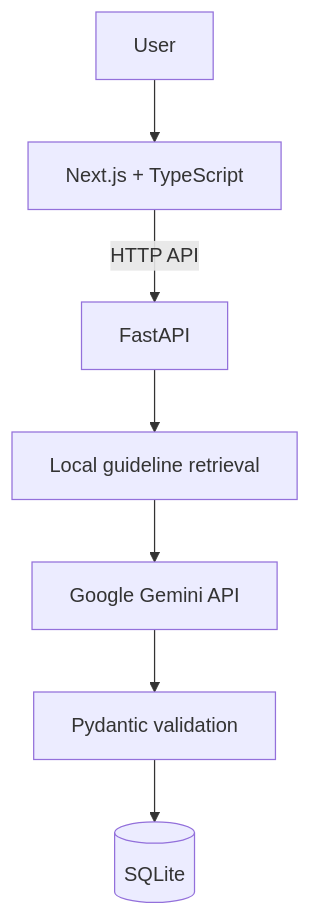
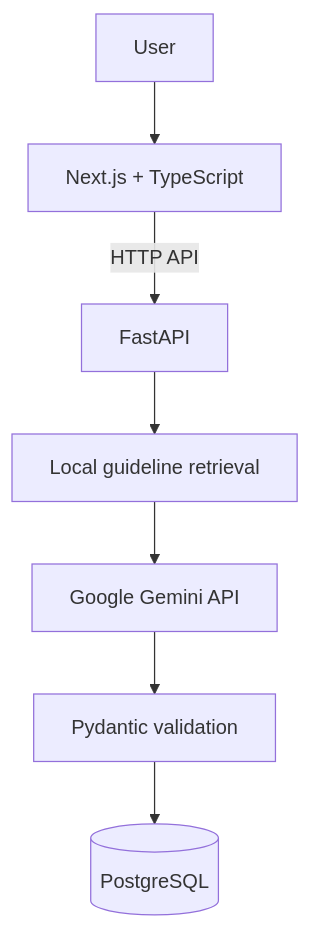
One commit to Asadalk/OpsPilot changed the diagram in README.md. Above: the diagram before and after it, drawn with Mermaid. The commit also changed other lines of this file and 12 other files, not shown here.

````diff
--- a/README.md
+++ b/README.md
@@ -18,9 +18,9 @@
 ```mermaid
 flowchart TD
   User --> Next[Next.js + TypeScript]
   Next -->|HTTP API| API[FastAPI]
   API --> RAG[Local guideline retrieval]
   RAG --> Gemini[Google Gemini API]
   Gemini --> Validate[Pydantic validation]
-  Validate --> DB[(SQLite)]
+  Validate --> DB[(PostgreSQL)]
 ```
````
